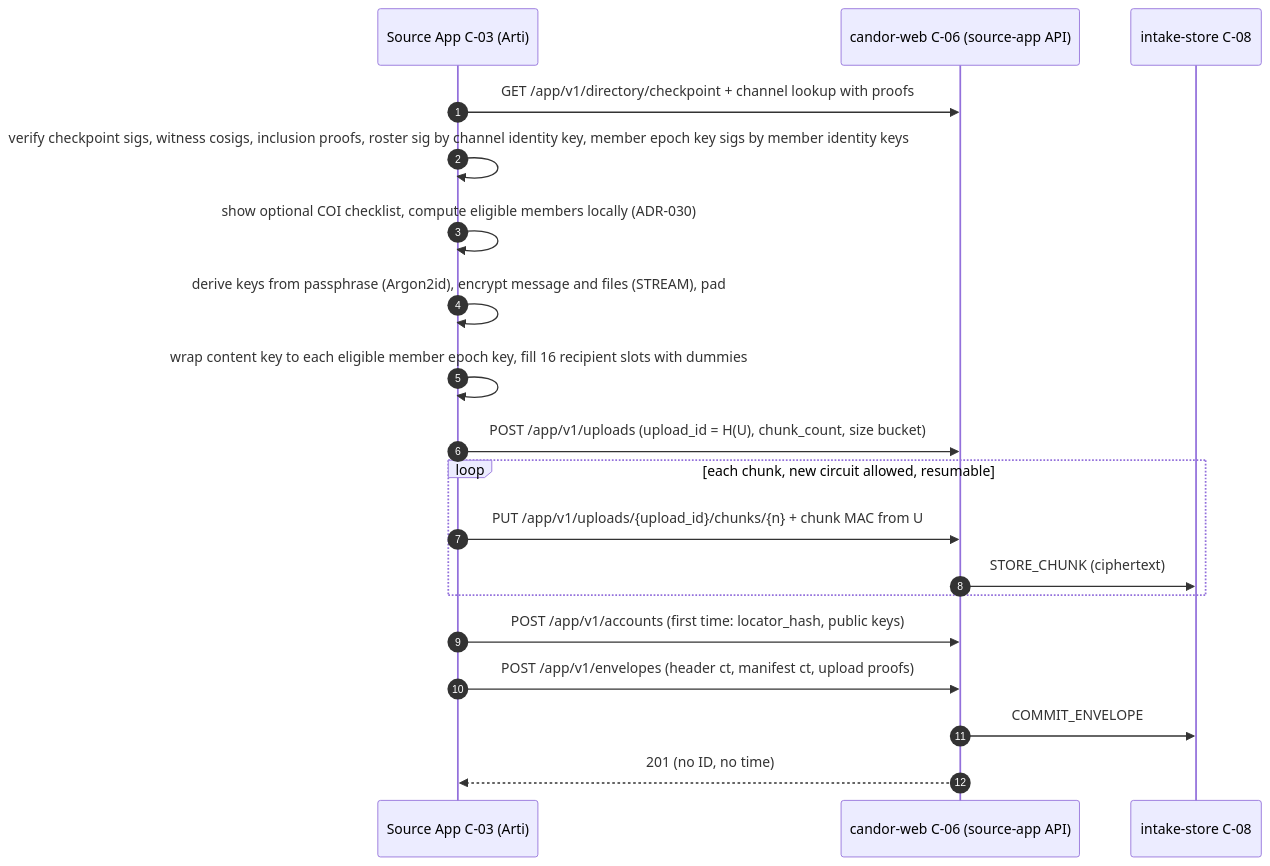
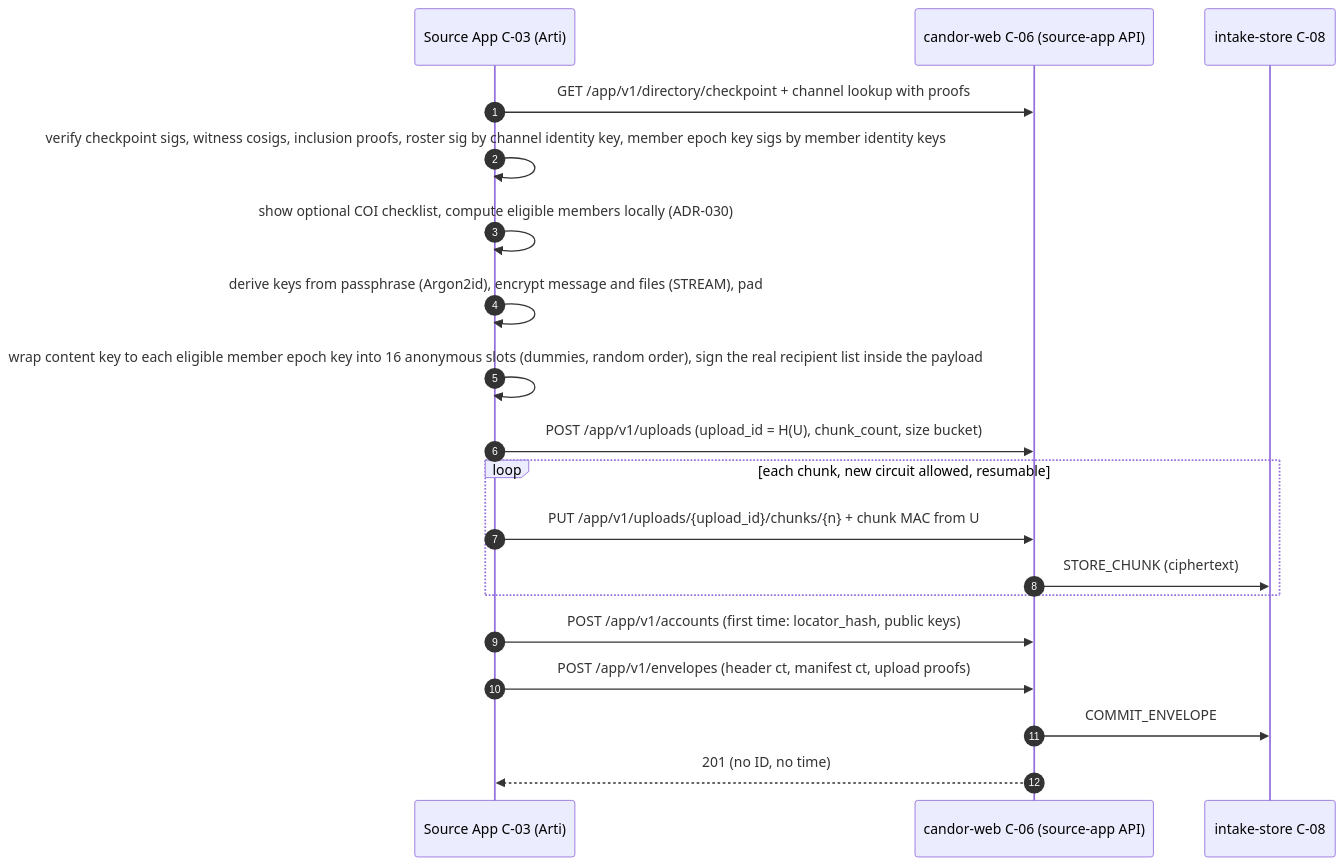
The seventh of 12 diagrams in specs/06-SYSTEM-ARCHITECTURE.md (djshellshoxxx/leaks), drawn with Mermaid before and after one commit. The commit also changed other lines of this file and 17 other files, not shown here.

````diff
--- a/specs/06-SYSTEM-ARCHITECTURE.md
+++ b/specs/06-SYSTEM-ARCHITECTURE.md
@@ -381,21 +383,21 @@
 ```mermaid
 sequenceDiagram
   autonumber
   participant A as Source App C-03 (Arti)
   participant W as candor-web C-06 (source-app API)
   participant I as intake-store C-08
   A->>W: GET /app/v1/directory/checkpoint + channel lookup with proofs
   A->>A: verify checkpoint sigs, witness cosigs, inclusion proofs, roster sig by channel identity key, member epoch key sigs by member identity keys
   A->>A: show optional COI checklist, compute eligible members locally (ADR-030)
   A->>A: derive keys from passphrase (Argon2id), encrypt message and files (STREAM), pad
-  A->>A: wrap content key to each eligible member epoch key, fill 16 recipient slots with dummies
+  A->>A: wrap content key to each eligible member epoch key into 16 anonymous slots (dummies, random order), sign the real recipient list inside the payload
   A->>W: POST /app/v1/uploads (upload_id = H(U), chunk_count, size bucket)
   loop each chunk, new circuit allowed, resumable
     A->>W: PUT /app/v1/uploads/{upload_id}/chunks/{n} + chunk MAC from U
     W->>I: STORE_CHUNK (ciphertext)
   end
   A->>W: POST /app/v1/accounts (first time: locator_hash, public keys)
   A->>W: POST /app/v1/envelopes (header ct, manifest ct, upload proofs)
   W->>I: COMMIT_ENVELOPE
   W-->>A: 201 (no ID, no time)
 ```
````
